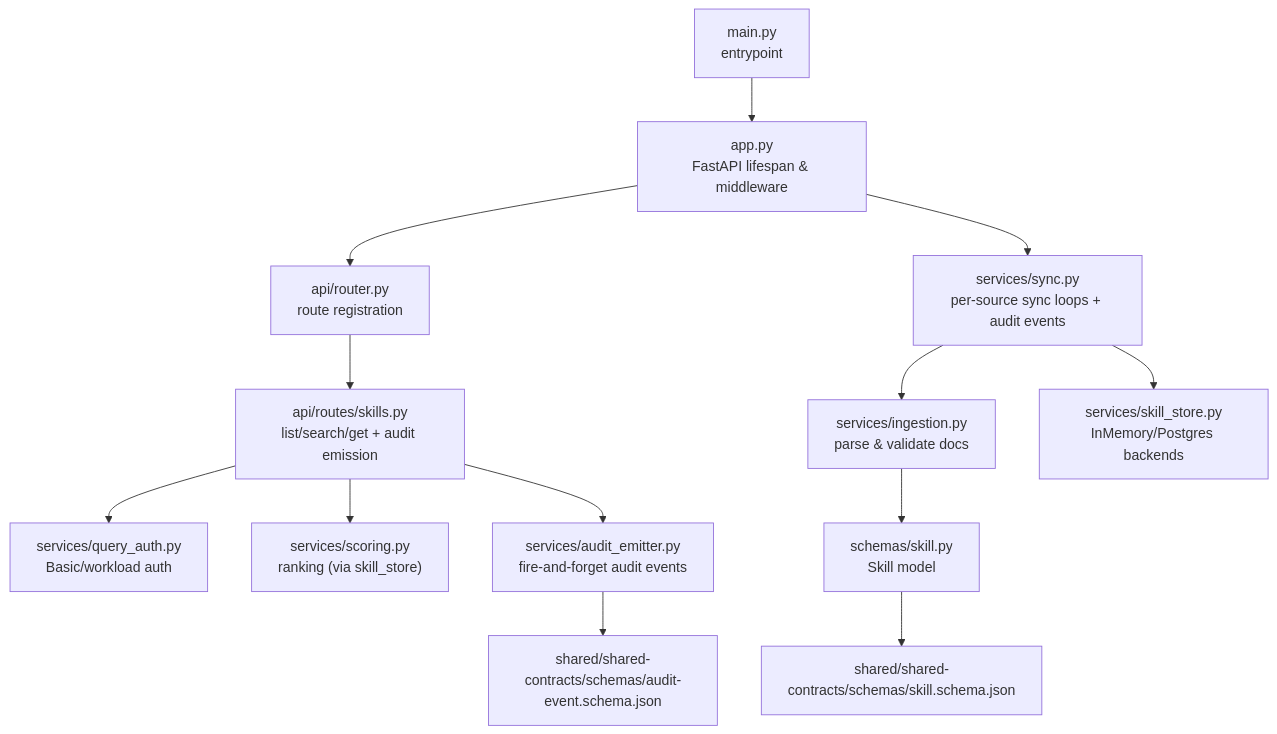
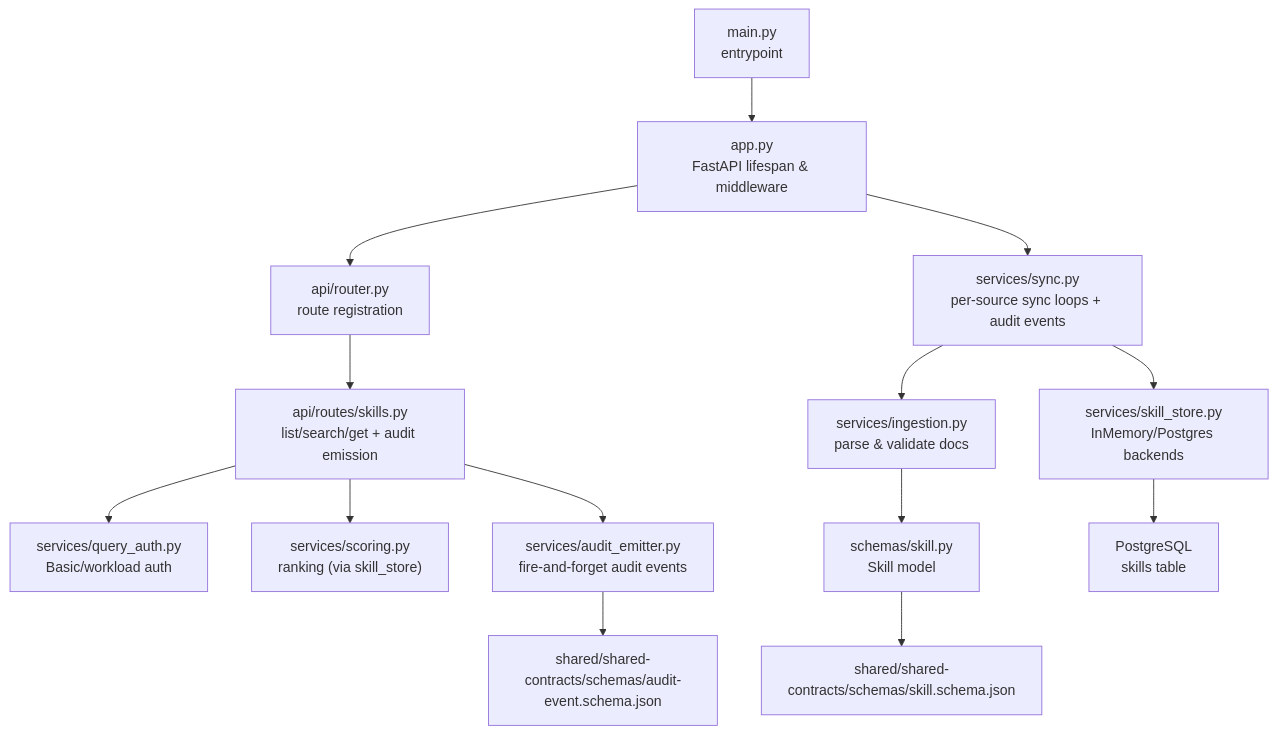
The first of 15 diagrams in .qoder/repowiki/en/content/Deployment and Operations/Skills Hub Service.md (metasync/luban-aiops), drawn with Mermaid before and after one commit. The commit also changed other lines of this file and 48 other files, not shown here.

````diff
--- a/.qoder/repowiki/en/content/Deployment and Operations/Skills Hub Service.md
+++ b/.qoder/repowiki/en/content/Deployment and Operations/Skills Hub Service.md
@@ -73,15 +78,16 @@
 ```mermaid
 graph TB
 A["main.py<br/>entrypoint"] --> B["app.py<br/>FastAPI lifespan & middleware"]
 B --> C["api/router.py<br/>route registration"]
 C --> D["api/routes/skills.py<br/>list/search/get + audit emission"]
 B --> E["services/sync.py<br/>per-source sync loops + audit events"]
 E --> F["services/ingestion.py<br/>parse & validate docs"]
 E --> G["services/skill_store.py<br/>InMemory/Postgres backends"]
 D --> H["services/query_auth.py<br/>Basic/workload auth"]
 D --> I["services/scoring.py<br/>ranking (via skill_store)"]
 D --> J["services/audit_emitter.py<br/>fire-and-forget audit events"]
 F --> K["schemas/skill.py<br/>Skill model"]
 J --> L["shared/shared-contracts/schemas/audit-event.schema.json"]
 K --> M["shared/shared-contracts/schemas/skill.schema.json"]
+G --> N["PostgreSQL<br/>skills table"]
 ```
````
